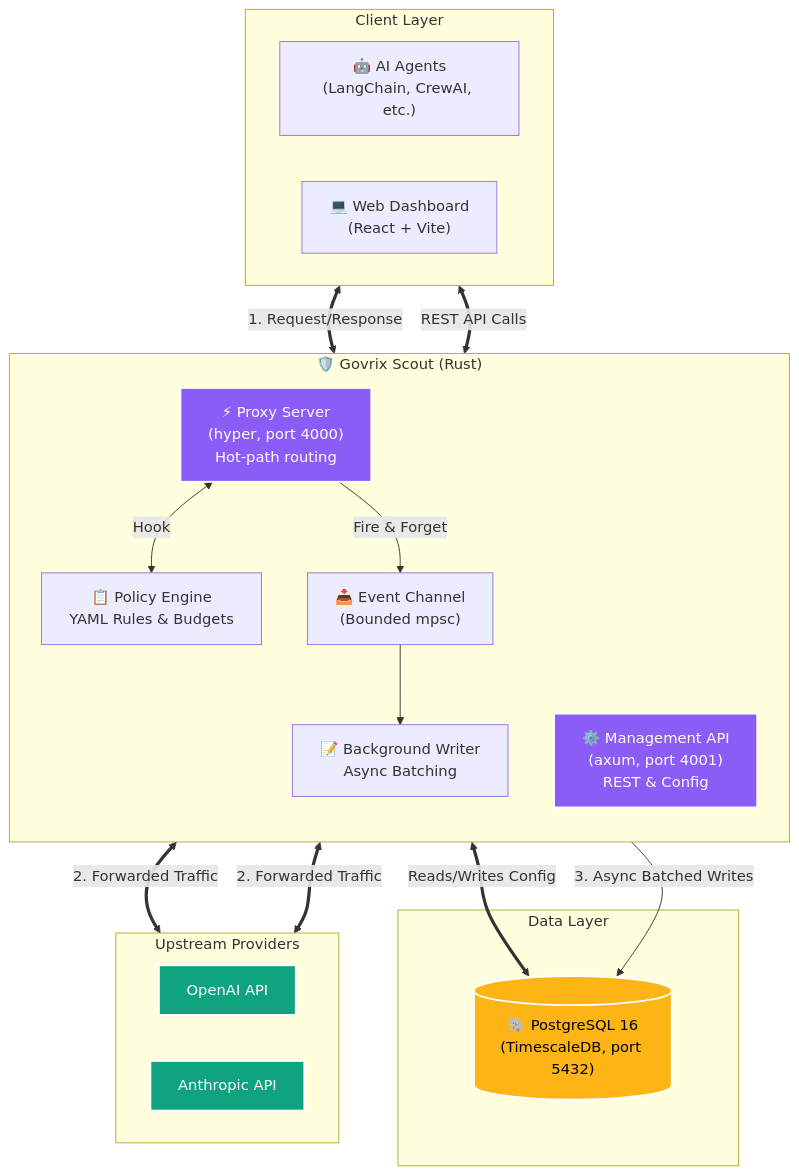
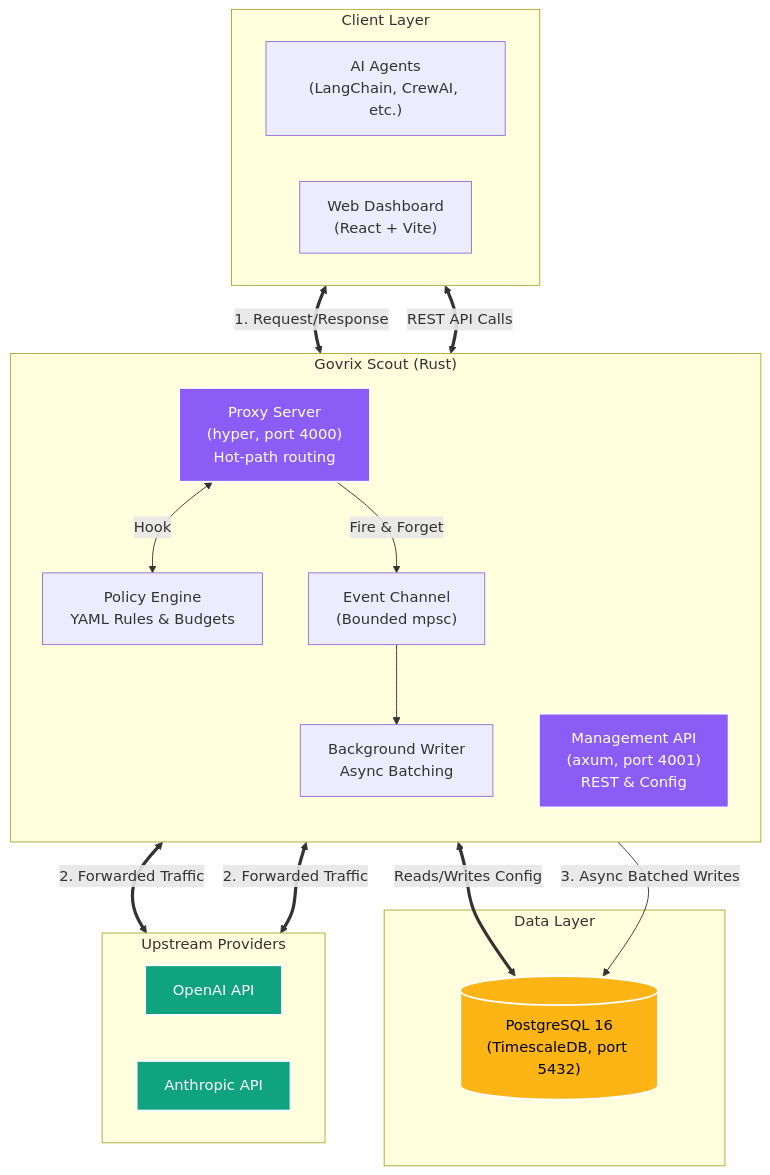
Before and after one commit to Govrix-AI/govrix-scout: the diagram in README.md, drawn with Mermaid. The commit also changed other lines of this file and 24 other files, not shown here.

````diff
--- a/README.md
+++ b/README.md
@@ -561,49 +338,48 @@
 ```mermaid
 flowchart TB
     subgraph ClientLayer ["Client Layer"]
         direction LR
-        Agent["🤖 AI Agents\n(LangChain, CrewAI, etc.)"]
-        Browser["💻 Web Dashboard\n(React + Vite)"]
+        Agent["AI Agents\n(LangChain, CrewAI, etc.)"]
+        Browser["Web Dashboard\n(React + Vite)"]
     end
 
-    subgraph GovrixScout ["🛡️ Govrix Scout (Rust)"]
+    subgraph GovrixScout ["Govrix Scout (Rust)"]
         direction TB
-        Proxy["⚡ Proxy Server\n(hyper, port 4000)\nHot-path routing"]
-        API["⚙️ Management API\n(axum, port 4001)\nREST & Config"]
-        PolicyEngine["📋 Policy Engine\nYAML Rules & Budgets"]
-        EventChannel["📥 Event Channel\n(Bounded mpsc)"]
-        Writer["📝 Background Writer\nAsync Batching"]
+        Proxy["Proxy Server\n(hyper, port 4000)\nHot-path routing"]
+        API["Management API\n(axum, port 4001)\nREST & Config"]
+        PolicyEngine["Policy Engine\nYAML Rules & Budgets"]
+        EventChannel["Event Channel\n(Bounded mpsc)"]
+        Writer["Background Writer\nAsync Batching"]
 
         Proxy <-->|"Hook"| PolicyEngine
         Proxy -->|"Fire & Forget"| EventChannel
         EventChannel --> Writer
     end
 
     subgraph DataLayer ["Data Layer"]
-        DB[("🐘 PostgreSQL 16\n(TimescaleDB, port 5432)")]
+        DB[("PostgreSQL 16\n(TimescaleDB, port 5432)")]
     end
 
     subgraph UpstreamLayer ["Upstream Providers"]
         direction LR
         OpenAI["OpenAI API"]
         Anthropic["Anthropic API"]
     end
 
-    %% Connections
     Agent <==>|"1. Request/Response"| Proxy
     Proxy <==>|"2. Forwarded Traffic"| OpenAI
     Proxy <==>|"2. Forwarded Traffic"| Anthropic
 
     API <==>|"Reads/Writes Config"| DB
     Writer -->|"3. Async Batched Writes"| DB
 
     Browser <==>|"REST API Calls"| API
 
     classDef proxy fill:#8B5CF6,stroke:#fff,stroke-width:2px,color:#fff
     classDef db fill:#FDB515,stroke:#fff,stroke-width:2px,color:#000
     classDef upstream fill:#10a37f,stroke:#fff,stroke-width:2px,color:#fff
 
     class Proxy,API proxy
     class DB db
     class OpenAI,Anthropic upstream
 ```
````
